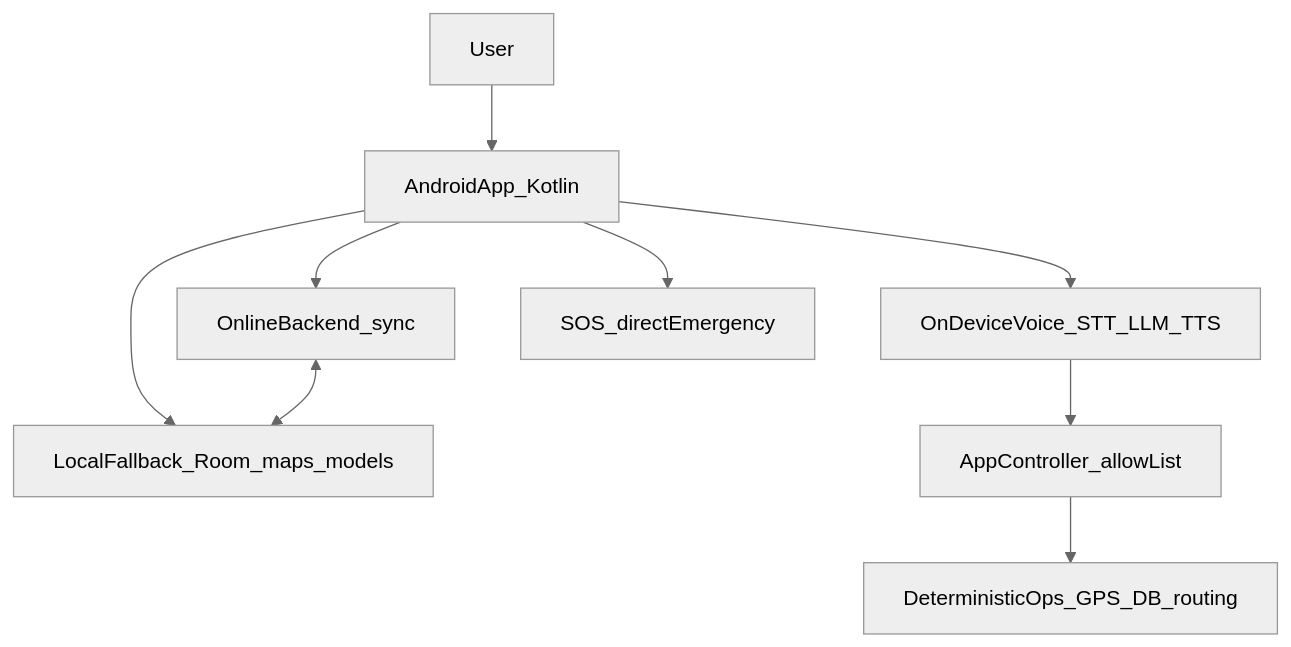
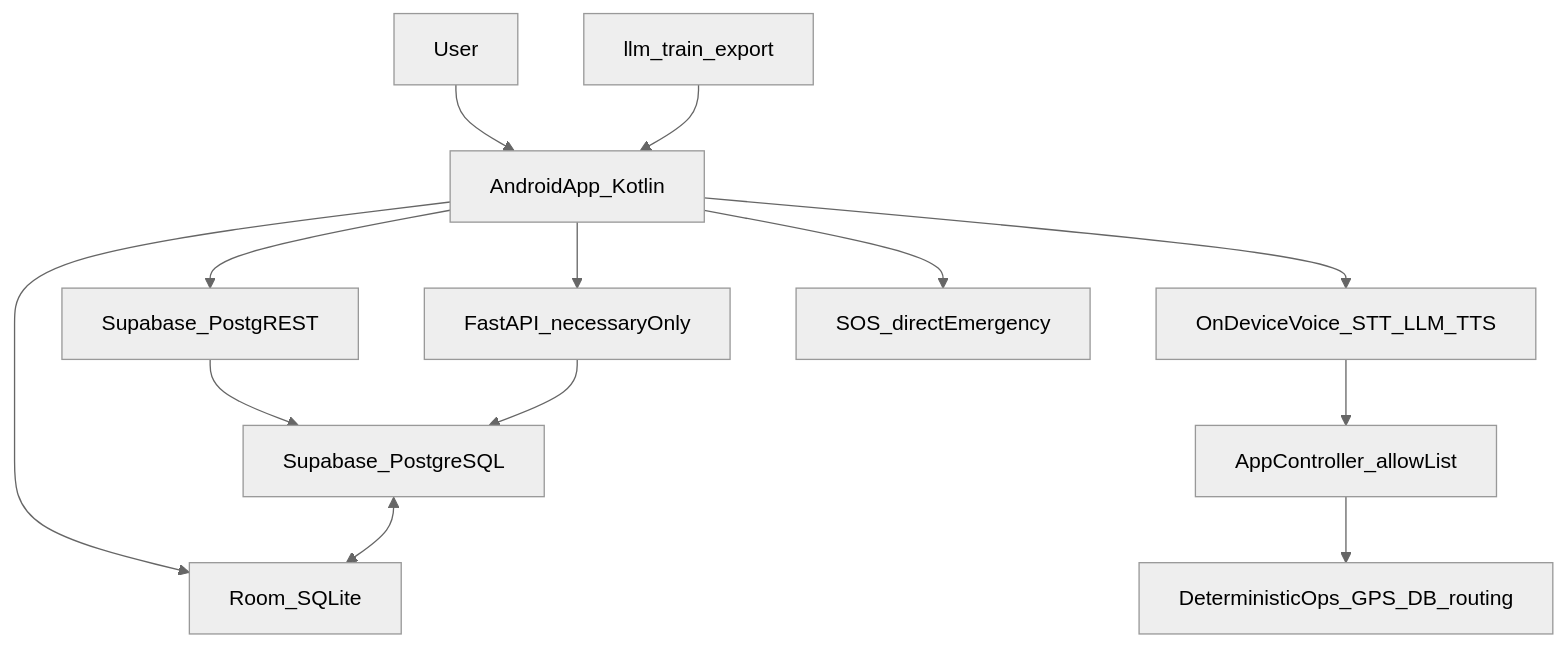
Before and after one commit to srash16/VariMitra: the diagram in README.md, drawn with Mermaid (neutral theme). The commit also changed other lines of this file and 31 other files, not shown here.

Commit message:
Add backend and LLM framework

````diff
--- a/README.md
+++ b/README.md
@@ -36,20 +39,27 @@
 ```mermaid
 flowchart TD
   user[User]
   android[AndroidApp_Kotlin]
-  online[OnlineBackend_sync]
-  local[LocalFallback_Room_maps_models]
+  postgrest[Supabase_PostgREST]
+  api[FastAPI_necessaryOnly]
+  pg[Supabase_PostgreSQL]
+  local[Room_SQLite]
   voice[OnDeviceVoice_STT_LLM_TTS]
   controller[AppController_allowList]
   ops[DeterministicOps_GPS_DB_routing]
   sos[SOS_directEmergency]
+  llmTrain[llm_train_export]
 
   user --> android
-  android --> online
+  android --> postgrest
+  android --> api
   android --> local
   android --> voice
   android --> sos
   voice --> controller
   controller --> ops
-  online <--> local
+  postgrest --> pg
+  api --> pg
+  llmTrain --> android
+  pg <--> local
 ```
````
